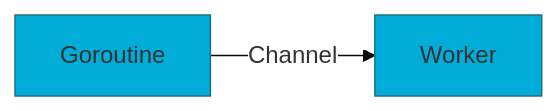
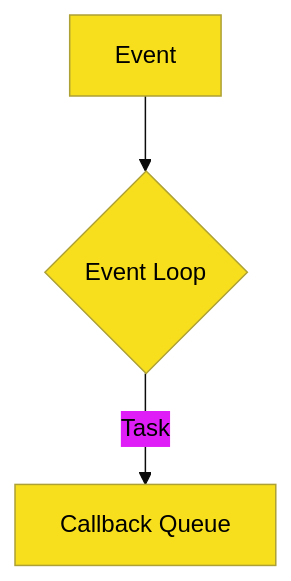
The diagram in docs/standards/aesthetic.md (syahputrawork98-sketch/Golang-Knowledge-Base), drawn with Mermaid before and after one commit. The commit also changed other lines of this file and 9 other files, not shown here.

Commit message:
feat: Introduce comprehensive documentation standards, templates, and architectural guidelines, and update `.cursorrules` to emphasize their importance.

````diff
--- a/docs/standards/aesthetic.md
+++ b/docs/standards/aesthetic.md
@@ -12,5 +12,6 @@
 ```mermaid
-%%{init: {'theme': 'base', 'themeVariables': { 'primaryColor': '#00ADD8', 'edgeLabelBackground':'#fff'}}}%%
-graph LR
-    A[Goroutine] -- Channel --> B[Worker]
+%%{init: {'theme': 'base', 'themeVariables': { 'primaryColor': '#F7DF1E', 'primaryTextColor': '#000'}}}%%
+graph TD
+    A[Event] --> B{Event Loop}
+    B -->|Task| C[Callback Queue]
 ```
````
